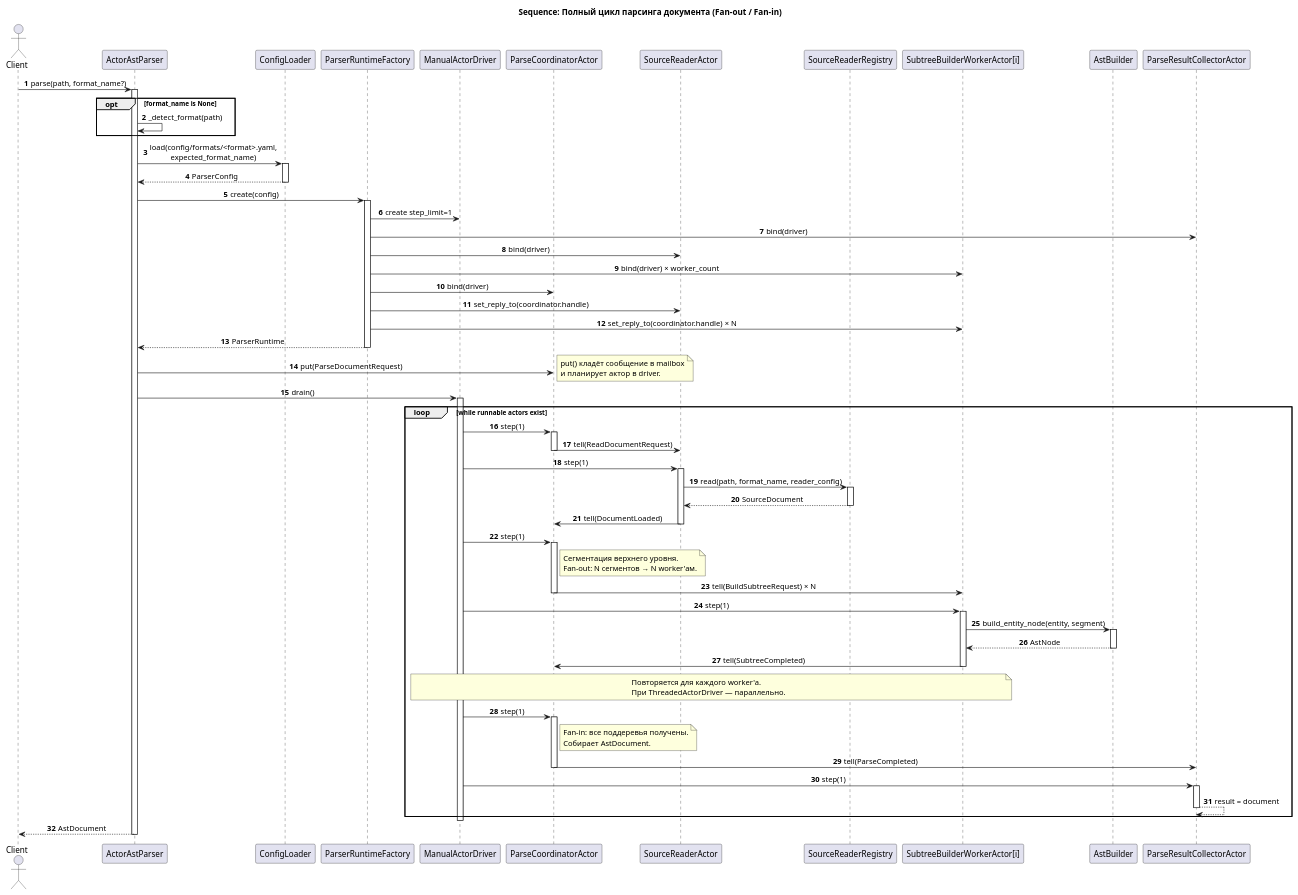
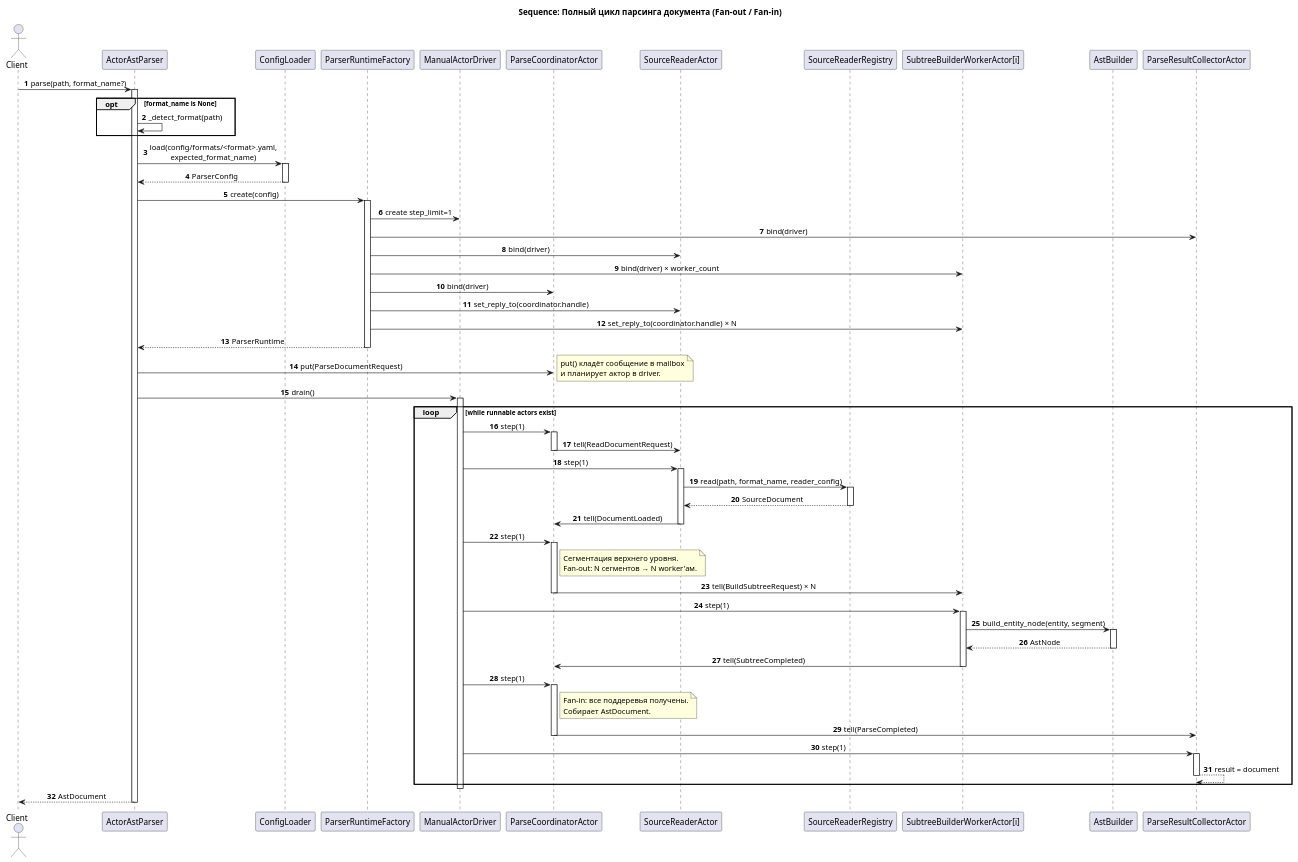
The diagram in docs/uml/ast_parser_sequence.puml (Forthey/DiGr), drawn with PlantUML before and after one commit. The commit also changed 13 other files, not shown here.

```diff
--- a/docs/uml/ast_parser_sequence.puml
+++ b/docs/uml/ast_parser_sequence.puml
@@ -1,113 +1,108 @@
 @startuml
 autonumber
 skinparam shadowing false
 skinparam sequenceMessageAlign center
 skinparam responseMessageBelowArrow true
 
 title Sequence: Полный цикл парсинга документа (Fan-out / Fan-in)
 
 actor Client
 participant ActorAstParser
 participant ConfigLoader
 participant ParserRuntimeFactory
 participant ManualActorDriver as Driver
 participant ParseCoordinatorActor as Coordinator
 participant SourceReaderActor as Reader
 participant SourceReaderRegistry
 participant "SubtreeBuilderWorkerActor[i]" as Worker
 participant AstBuilder
 participant ParseResultCollectorActor as Collector
 
 Client -> ActorAstParser: parse(path, format_name?)
 activate ActorAstParser
 
 opt format_name is None
   ActorAstParser -> ActorAstParser: _detect_format(path)
 end
 
 ActorAstParser -> ConfigLoader: load(config/formats/<format>.yaml,\nexpected_format_name)
 activate ConfigLoader
 ConfigLoader --> ActorAstParser: ParserConfig
 deactivate ConfigLoader
 
 ActorAstParser -> ParserRuntimeFactory: create(config)
 activate ParserRuntimeFactory
 ParserRuntimeFactory -> Driver: create step_limit=1
 ParserRuntimeFactory -> Collector: bind(driver)
 ParserRuntimeFactory -> Reader: bind(driver)
 ParserRuntimeFactory -> Worker: bind(driver) × worker_count
 ParserRuntimeFactory -> Coordinator: bind(driver)
 ParserRuntimeFactory -> Reader: set_reply_to(coordinator.handle)
 ParserRuntimeFactory -> Worker: set_reply_to(coordinator.handle) × N
 ParserRuntimeFactory --> ActorAstParser: ParserRuntime
 deactivate ParserRuntimeFactory
 
-ActorAstParser -> Coordinator: put(ParseDocumentRequest)
-note right
-  put() кладёт сообщение в mailbox
-  и планирует актор в driver.
-end note
+  ActorAstParser -> Coordinator: put(ParseDocumentRequest)
+  note right
+    put() кладёт сообщение в mailbox
+    и планирует актор в driver.
+  end note
 
 ActorAstParser -> Driver: drain()
 activate Driver
 
 loop while runnable actors exist
 
   Driver -> Coordinator: step(1)
   activate Coordinator
   Coordinator -> Reader: tell(ReadDocumentRequest)
   deactivate Coordinator
 
   Driver -> Reader: step(1)
   activate Reader
   Reader -> SourceReaderRegistry: read(path, format_name, reader_config)
   activate SourceReaderRegistry
   SourceReaderRegistry --> Reader: SourceDocument
   deactivate SourceReaderRegistry
   Reader -> Coordinator: tell(DocumentLoaded)
   deactivate Reader
 
   Driver -> Coordinator: step(1)
   activate Coordinator
   note right of Coordinator
     Сегментация верхнего уровня.
     Fan-out: N сегментов → N worker'ам.
   end note
   Coordinator -> Worker: tell(BuildSubtreeRequest) × N
   deactivate Coordinator
 
   Driver -> Worker: step(1)
   activate Worker
   Worker -> AstBuilder: build_entity_node(entity, segment)
   activate AstBuilder
   AstBuilder --> Worker: AstNode
   deactivate AstBuilder
   Worker -> Coordinator: tell(SubtreeCompleted)
   deactivate Worker
 
-  note over Driver, Worker
-    Повторяется для каждого worker'а.
-    При ThreadedActorDriver — параллельно.
-  end note
-
   Driver -> Coordinator: step(1)
   activate Coordinator
   note right of Coordinator
     Fan-in: все поддеревья получены.
     Собирает AstDocument.
   end note
   Coordinator -> Collector: tell(ParseCompleted)
   deactivate Coordinator
 
   Driver -> Collector: step(1)
   activate Collector
   Collector --> Collector: result = document
   deactivate Collector
 end
 
 deactivate Driver
 
 ActorAstParser --> Client: AstDocument
 deactivate ActorAstParser
 
 @enduml
```
